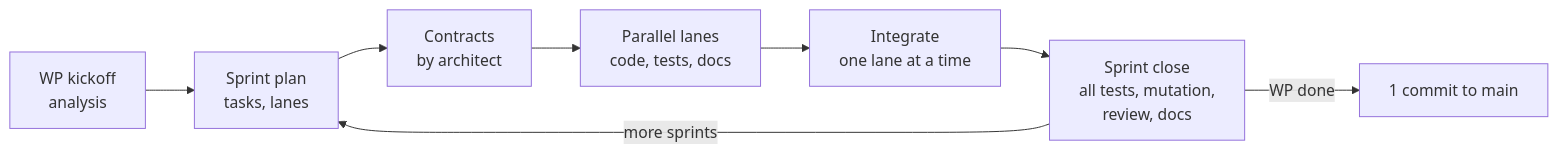
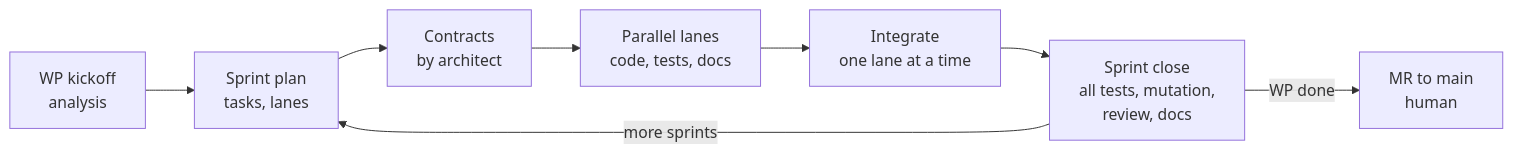
The second of 2 diagrams in docs/engineering/ai/index.md (robotoss/rivqen), drawn with Mermaid before and after one commit. The commit also changed 7 other files, not shown here.

First line of the commit message:
chore(process): deliver to main only through a human-merged MR (#2)

````diff
--- a/docs/engineering/ai/index.md
+++ b/docs/engineering/ai/index.md
@@ -50,10 +50,10 @@
 ```mermaid
 flowchart LR
   K[WP kickoff<br/>analysis] --> P[Sprint plan<br/>tasks, lanes]
   P --> C[Contracts<br/>by architect]
   C --> E[Parallel lanes<br/>code, tests, docs]
   E --> I[Integrate<br/>one lane at a time]
   I --> Z[Sprint close<br/>all tests, mutation,<br/>review, docs]
   Z -->|more sprints| P
-  Z -->|WP done| Q[1 commit to main]
+  Z -->|WP done| Q[MR to main<br/>human]
 ```
````
